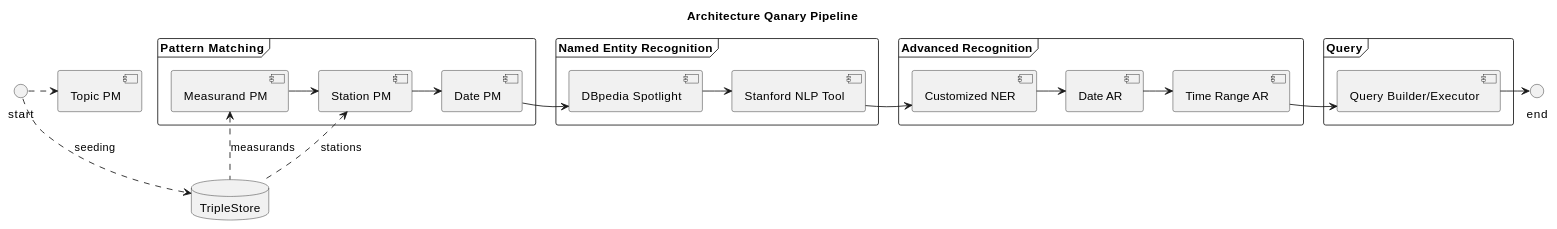
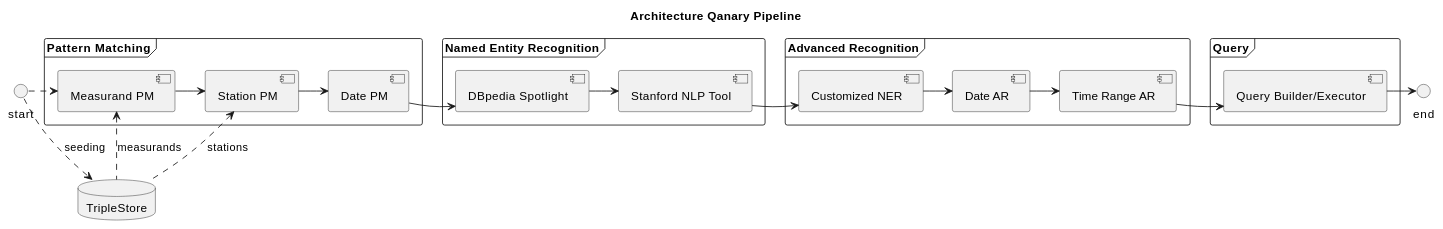
The second of 2 diagrams in docs/architecture.md (fredericbahr/quatsch-project-22), drawn with PlantUML before and after one commit. The commit also changed other lines of this file, not shown here.

Commit message:
doc: update architecture overview

````diff
--- a/docs/architecture.md
+++ b/docs/architecture.md
@@ -55,46 +63,46 @@
 ```plantuml
 @startuml
 
 title Architecture Qanary Pipeline
 
 frame "Pattern Matching" {
     [Measurand PM]
     [Station PM]
     [Date PM]
 }
 
 frame "Named Entity Recognition" {
     [DBpedia Spotlight]
     [Stanford NLP Tool]
 }
 
 frame "Advanced Recognition" {
     [Date AR]
     [Time Range AR]
     [Customized NER]
 }
 
 frame "Query" {
     [Query Builder/Executor]
 }
 
 
 database TripleStore
-start .> [Topic PM]
+start .> [Measurand PM]
 start ..> TripleStore: seeding
 
 [Measurand PM] <.. TripleStore: measurands
 [Station PM] <.. TripleStore: stations
 
 [Measurand PM] -> [Station PM]
 [Station PM] -> [Date PM]
 [Date PM] -> [DBpedia Spotlight]
 [DBpedia Spotlight] -> [Stanford NLP Tool]
 [Stanford NLP Tool] -> [Customized NER]
 [Customized NER] -> [Date AR]
 [Date AR] -> [Time Range AR]
 [Time Range AR] -> [Query Builder/Executor]
 
 [Query Builder/Executor] -> end
 @enduml
 ```
````
